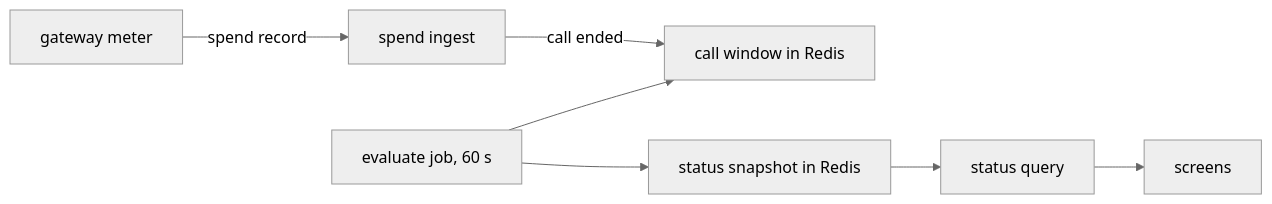
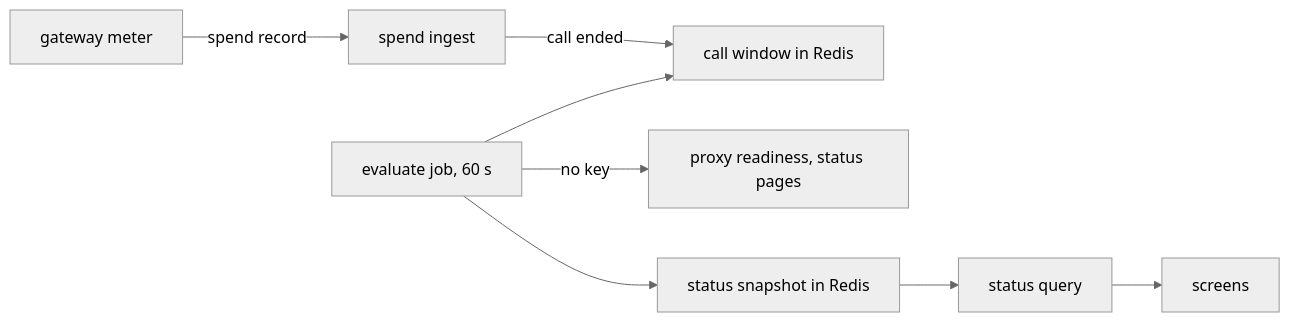
The diagram in docs/architecture/provider-status.md (dam-agents/dam), drawn with Mermaid (neutral theme) before and after one commit. The commit also changed other lines of this file and 11 other files, not shown here.

First line of the commit message:
feat(provider-status): read public status sources without a key

````diff
--- a/docs/architecture/provider-status.md
+++ b/docs/architecture/provider-status.md
@@ -11,9 +11,10 @@
 ```mermaid
 flowchart LR
   M[gateway meter] -- spend record --> I[spend ingest]
   I -- call ended --> W[call window in Redis]
   J[evaluate job, 60 s] --> W
+  J -- no key --> P[proxy readiness, status pages]
   J --> S[status snapshot in Redis]
   S --> Q[status query]
   Q --> UI[screens]
 ```
````
